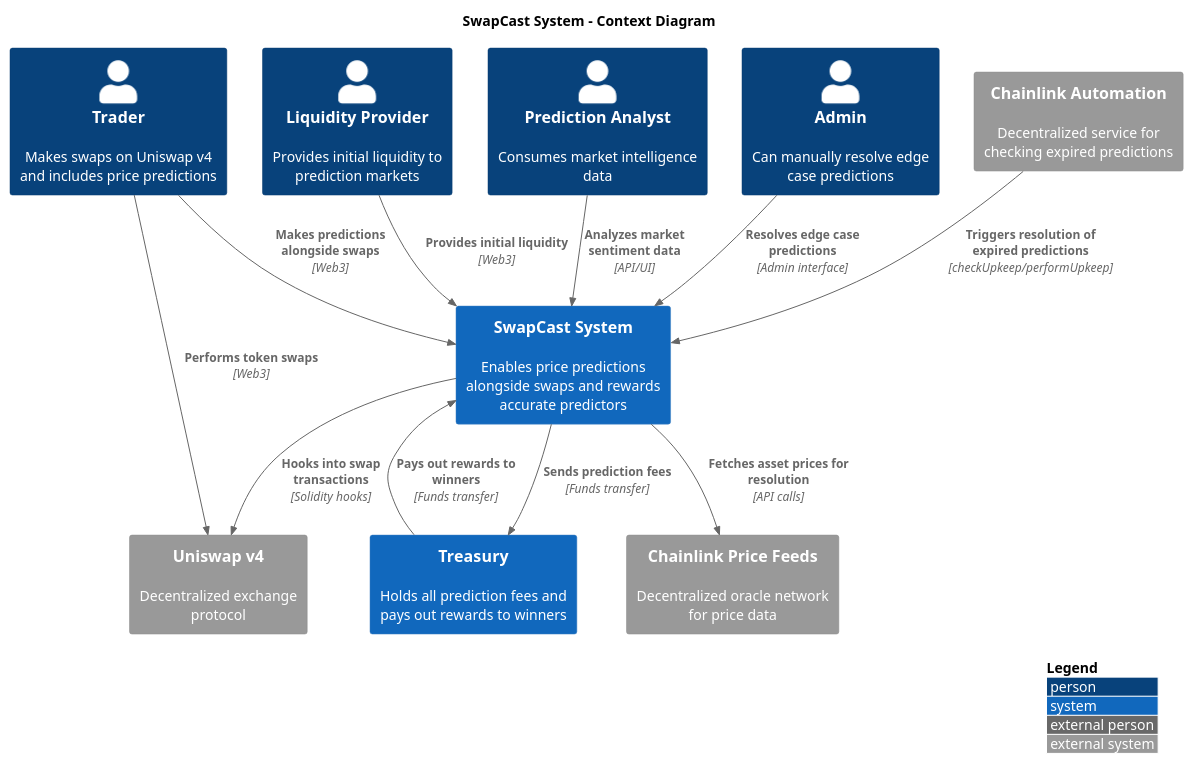
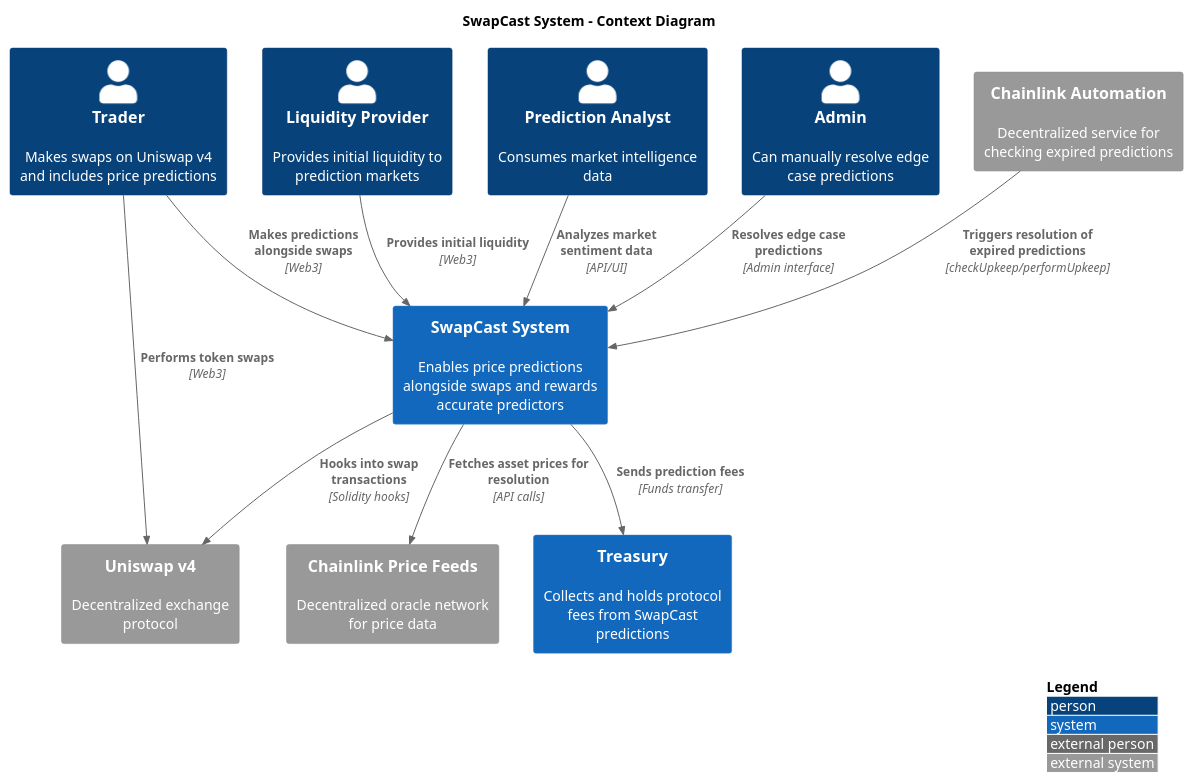
The diagram in docs/c4_architecture/0_context.puml (s-di-cola/swapcast), drawn with PlantUML before and after one commit. The commit also changed 21 other files, not shown here.

```diff
--- a/docs/c4_architecture/0_context.puml
+++ b/docs/c4_architecture/0_context.puml
@@ -1,31 +1,30 @@
 @startuml
 !include https://raw.githubusercontent.com/plantuml-stdlib/C4-PlantUML/master/C4_Context.puml
 
 LAYOUT_WITH_LEGEND()
 
 title "SwapCast System - Context Diagram"
 
 Person(trader, "Trader", "Makes swaps on Uniswap v4 and includes price predictions")
 Person(liquidity_provider, "Liquidity Provider", "Provides initial liquidity to prediction markets")
 Person(prediction_analyst, "Prediction Analyst", "Consumes market intelligence data")
 Person(admin, "Admin", "Can manually resolve edge case predictions")
 
 System(swapcast, "SwapCast System", "Enables price predictions alongside swaps and rewards accurate predictors")
-System(treasury, "Treasury", "Holds all prediction fees and pays out rewards to winners")
+System(treasury, "Treasury", "Collects and holds protocol fees from SwapCast predictions")
 System_Ext(uniswap, "Uniswap v4", "Decentralized exchange protocol")
 System_Ext(chainlink_price, "Chainlink Price Feeds", "Decentralized oracle network for price data")
 System_Ext(chainlink_automation, "Chainlink Automation", "Decentralized service for checking expired predictions")
 
 Rel(trader, swapcast, "Makes predictions alongside swaps", "Web3")
 Rel(swapcast, treasury, "Sends prediction fees", "Funds transfer")
-Rel(treasury, swapcast, "Pays out rewards to winners", "Funds transfer")
 Rel(trader, uniswap, "Performs token swaps", "Web3")
 Rel(liquidity_provider, swapcast, "Provides initial liquidity", "Web3")
 Rel(prediction_analyst, swapcast, "Analyzes market sentiment data", "API/UI")
 Rel(admin, swapcast, "Resolves edge case predictions", "Admin interface")
 
 Rel(swapcast, uniswap, "Hooks into swap transactions", "Solidity hooks")
 Rel(swapcast, chainlink_price, "Fetches asset prices for resolution", "API calls")
 Rel(chainlink_automation, swapcast, "Triggers resolution of expired predictions", "checkUpkeep/performUpkeep")
 
 @enduml
```
